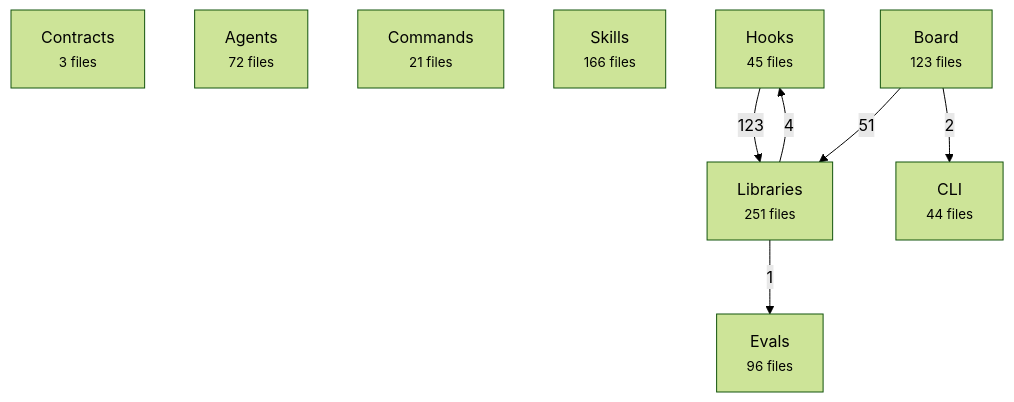
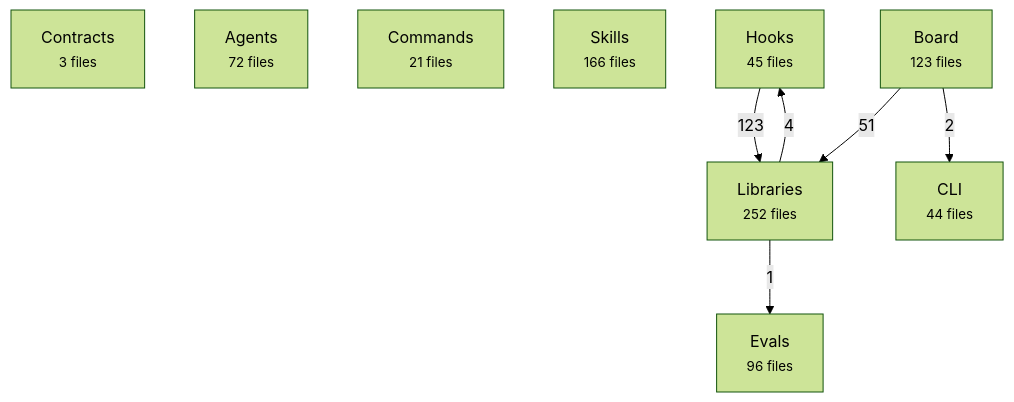
The first of 2 diagrams in docs/reference/architecture-map.md (avelikiy/great_cto), drawn with Mermaid (forest theme) before and after one commit. The commit also changed other lines of this file and 7 other files, not shown here.

````diff
--- a/docs/reference/architecture-map.md
+++ b/docs/reference/architecture-map.md
@@ -20,17 +20,17 @@
 ```mermaid
 flowchart TD
   contracts["Contracts<br/><small>3 files</small>"]
   agents["Agents<br/><small>72 files</small>"]
   commands["Commands<br/><small>21 files</small>"]
   skills["Skills<br/><small>166 files</small>"]
   hooks["Hooks<br/><small>45 files</small>"]
-  libs["Libraries<br/><small>251 files</small>"]
+  libs["Libraries<br/><small>252 files</small>"]
   board["Board<br/><small>123 files</small>"]
   cli["CLI<br/><small>44 files</small>"]
   evals["Evals<br/><small>96 files</small>"]
   hooks -->|123| libs
   board -->|51| libs
   libs -->|4| hooks
   board -->|2| cli
   libs -->|1| evals
 ```
````
